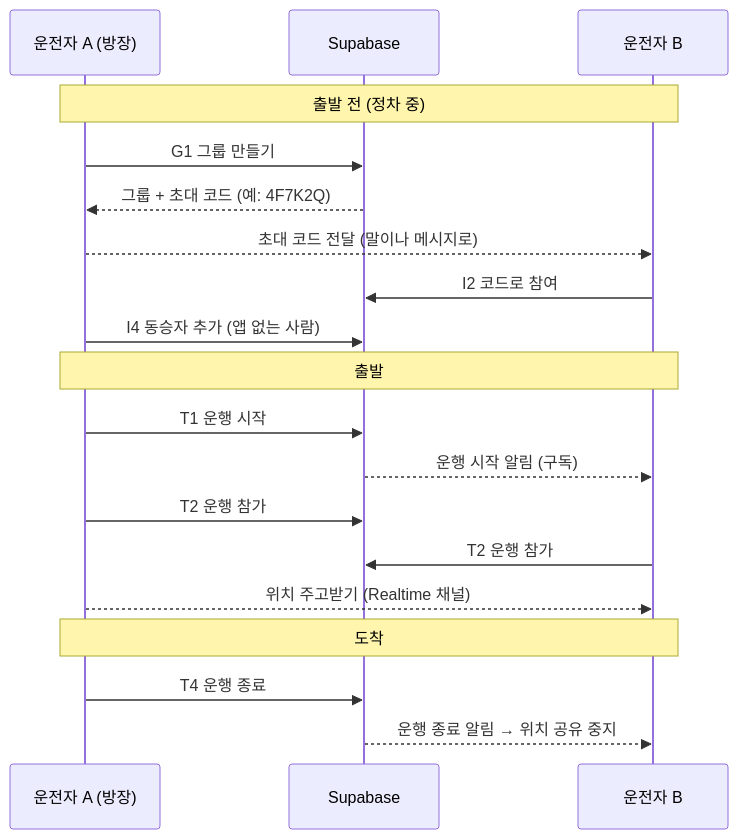
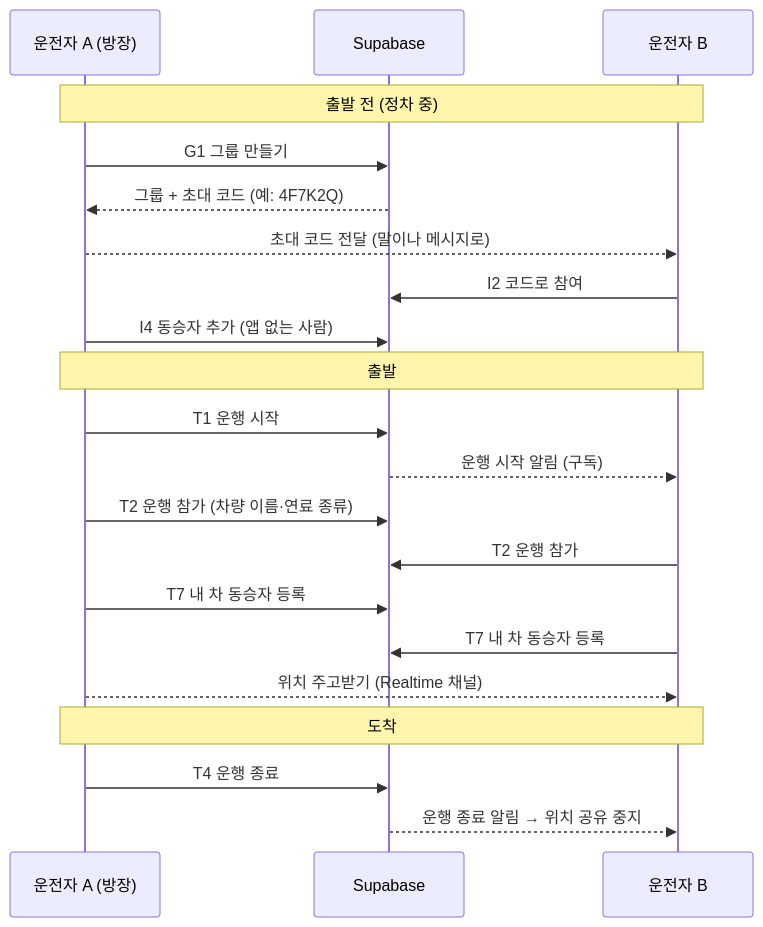
One commit to Nanugil/nanugil-android changed the first of 2 diagrams in docs/group-trip-api.md. Above: the diagram before and after it, drawn with Mermaid. The commit also changed other lines of this file, not shown here.

````diff
--- a/docs/group-trip-api.md
+++ b/docs/group-trip-api.md
@@ -24,22 +23,24 @@
 ```mermaid
 sequenceDiagram
     participant A as 운전자 A (방장)
     participant S as Supabase
     participant B as 운전자 B
 
     Note over A,B: 출발 전 (정차 중)
     A->>S: G1 그룹 만들기
     S-->>A: 그룹 + 초대 코드 (예: 4F7K2Q)
     A-->>B: 초대 코드 전달 (말이나 메시지로)
     B->>S: I2 코드로 참여
     A->>S: I4 동승자 추가 (앱 없는 사람)
     Note over A,B: 출발
     A->>S: T1 운행 시작
     S-->>B: 운행 시작 알림 (구독)
-    A->>S: T2 운행 참가
+    A->>S: T2 운행 참가 (차량 이름·연료 종류)
     B->>S: T2 운행 참가
+    A->>S: T7 내 차 동승자 등록
+    B->>S: T7 내 차 동승자 등록
     A-->>B: 위치 주고받기 (Realtime 채널)
     Note over A,B: 도착
     A->>S: T4 운행 종료
     S-->>B: 운행 종료 알림 → 위치 공유 중지
 ```
````
